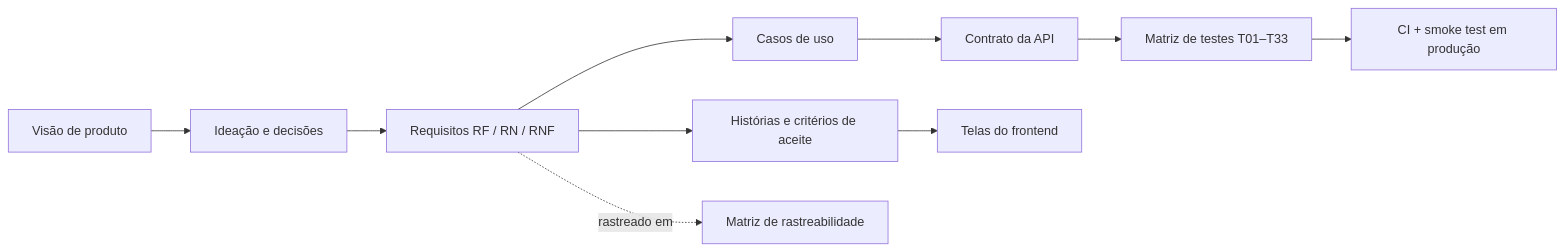
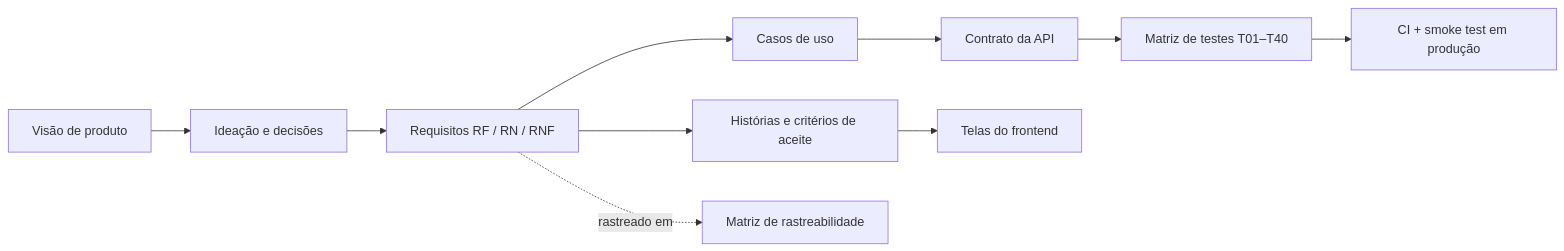
Before and after one commit to vsys-val/fastapi-merchant-app: the second of 2 diagrams in docs/visao-produto.md, drawn with Mermaid. The commit also changed other lines of this file and 15 other files, not shown here.

````diff
--- a/docs/visao-produto.md
+++ b/docs/visao-produto.md
@@ -135,12 +135,12 @@
 ```mermaid
 flowchart LR
   V[Visão de produto] --> I[Ideação e decisões]
   I --> R[Requisitos RF / RN / RNF]
   R --> H[Histórias e critérios de aceite]
   R --> UC[Casos de uso]
   UC --> C[Contrato da API]
-  C --> T[Matriz de testes T01–T33]
+  C --> T[Matriz de testes T01–T40]
   H --> W[Telas do frontend]
   T --> CI[CI + smoke test em produção]
   R -.rastreado em.-> M[Matriz de rastreabilidade]
 ```
````
